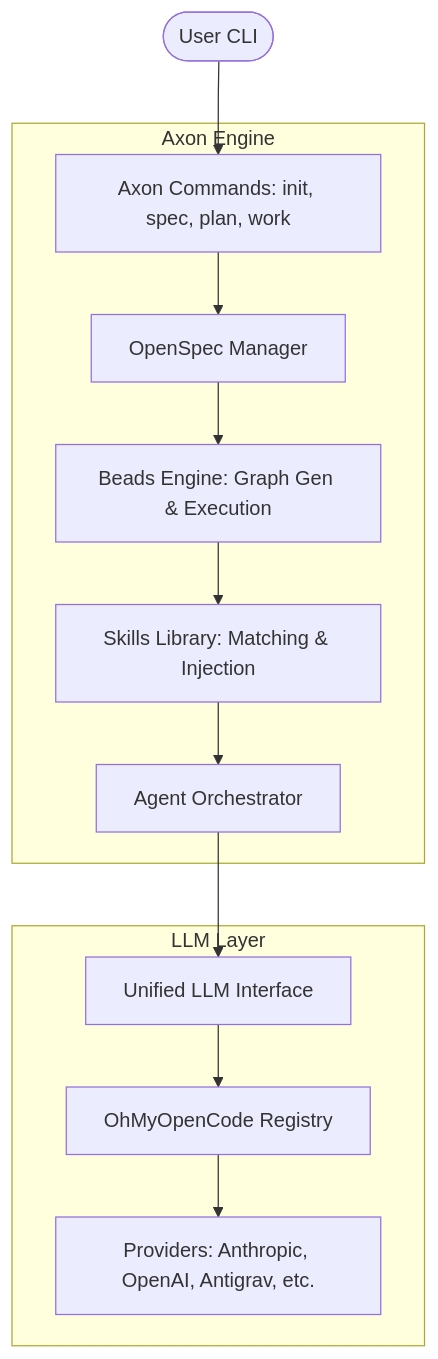
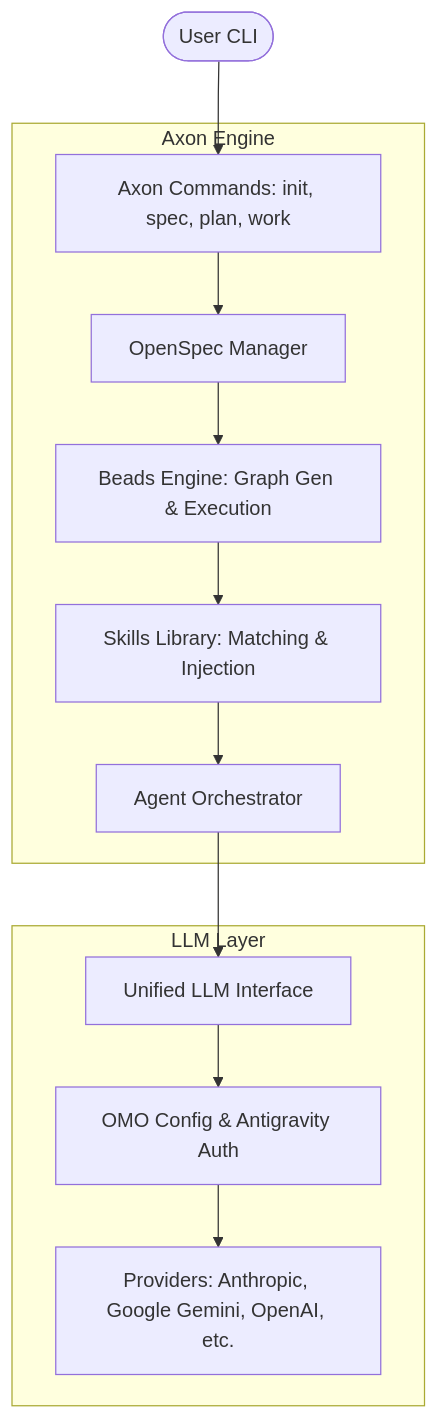
One commit to arrislink/axon changed the second of 2 diagrams in README.md. Above: the diagram before and after it, drawn with Mermaid. The commit also changed other lines of this file and 13 other files, not shown here.

````diff
--- a/README.md
+++ b/README.md
@@ -206,17 +206,17 @@
 ```mermaid
 graph TD
     User([User CLI]) --> Commands[Axon Commands: init, spec, plan, work]
     
     subgraph "Axon Engine"
         Commands --> Spec[OpenSpec Manager]
         Spec --> Beads[Beads Engine: Graph Gen & Execution]
         Beads --> Skills[Skills Library: Matching & Injection]
         Skills --> Orch[Agent Orchestrator]
     end
     
     subgraph "LLM Layer"
         Orch --> LLMInt[Unified LLM Interface]
-        LLMInt --> OMO[OhMyOpenCode Registry]
-        OMO --> Providers[Providers: Anthropic, OpenAI, Antigrav, etc.]
+        LLMInt --> OMO[OMO Config & Antigravity Auth]
+        OMO --> Providers[Providers: Anthropic, Google Gemini, OpenAI, etc.]
     end
 ```
````
